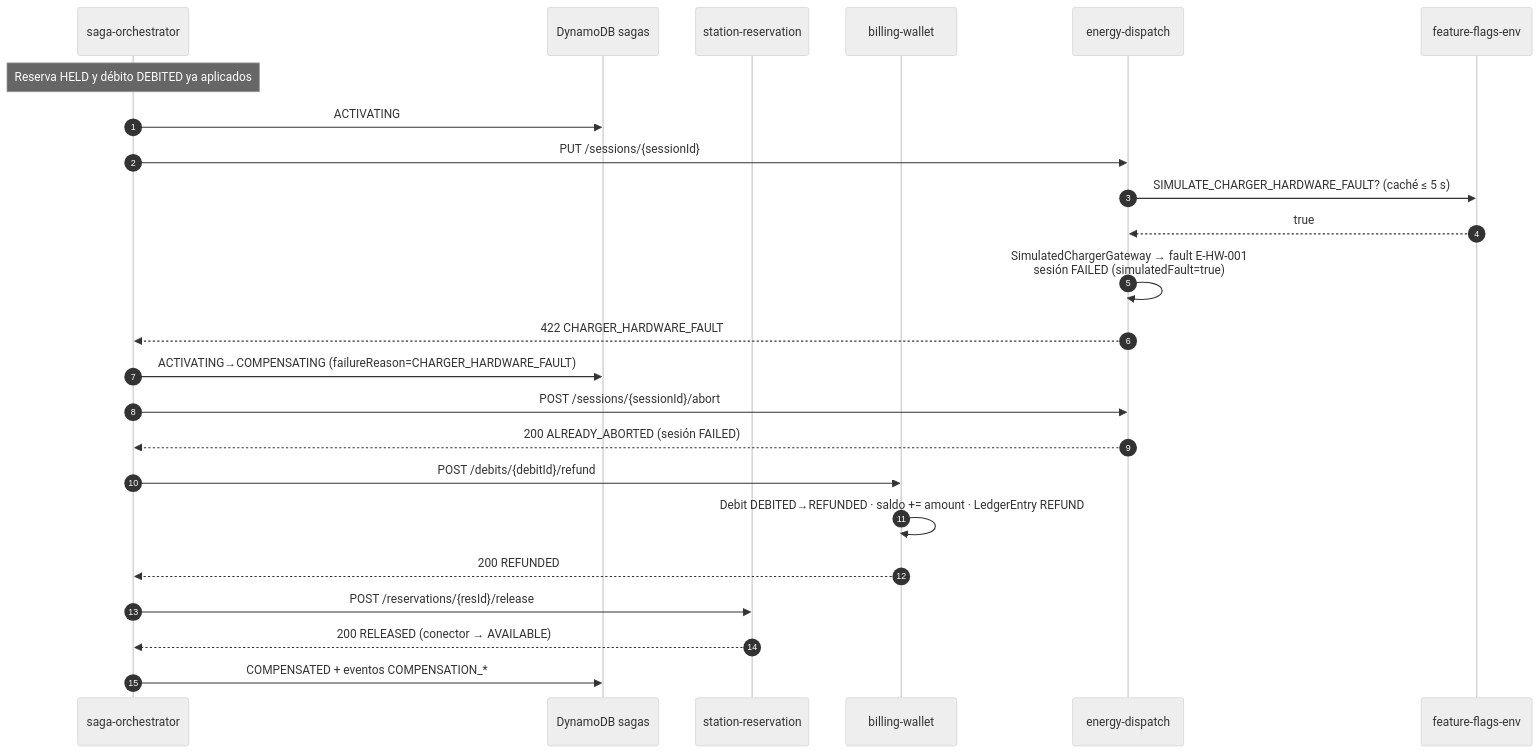
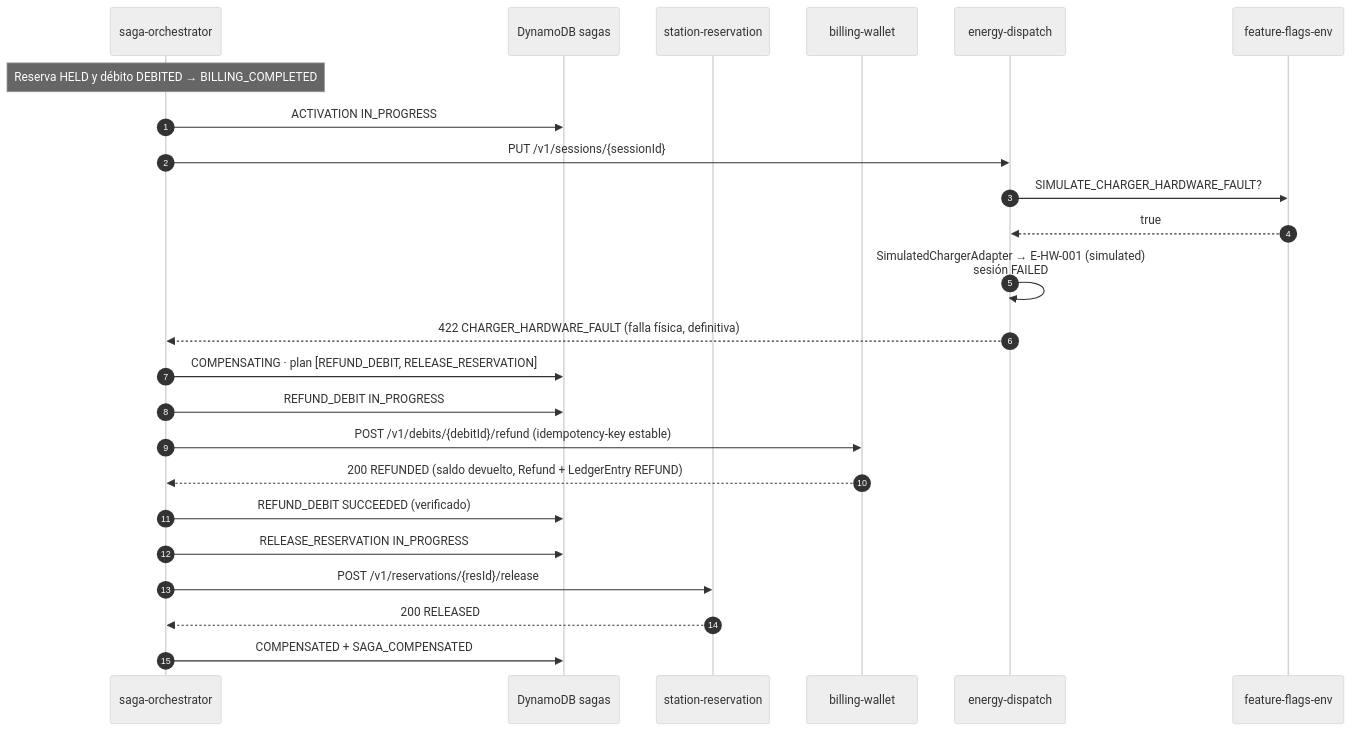
One commit to santiagoSaMi/aegisvolt changed the fourth of 6 diagrams in docs/architecture/02-saga.md. Above: the diagram before and after it, drawn with Mermaid (neutral theme). The commit also changed other lines of this file and 338 other files, not shown here.

````diff
--- a/docs/architecture/02-saga.md
+++ b/docs/architecture/02-saga.md
@@ -113,27 +128,27 @@
 ```mermaid
 sequenceDiagram
   autonumber
   participant O as saga-orchestrator
   participant DS as DynamoDB sagas
   participant R as station-reservation
   participant B as billing-wallet
   participant D as energy-dispatch
   participant FF as feature-flags-env
 
-  Note over O: Reserva HELD y débito DEBITED ya aplicados
-  O->>DS: ACTIVATING
-  O->>D: PUT /sessions/{sessionId}
-  D->>FF: SIMULATE_CHARGER_HARDWARE_FAULT? (caché ≤ 5 s)
+  Note over O: Reserva HELD y débito DEBITED → BILLING_COMPLETED
+  O->>DS: ACTIVATION IN_PROGRESS
+  O->>D: PUT /v1/sessions/{sessionId}
+  D->>FF: SIMULATE_CHARGER_HARDWARE_FAULT?
   FF-->>D: true
-  D->>D: SimulatedChargerGateway → fault E-HW-001<br/>sesión FAILED (simulatedFault=true)
-  D-->>O: 422 CHARGER_HARDWARE_FAULT
-  O->>DS: ACTIVATING→COMPENSATING (failureReason=CHARGER_HARDWARE_FAULT)
-  O->>D: POST /sessions/{sessionId}/abort
-  D-->>O: 200 ALREADY_ABORTED (sesión FAILED)
-  O->>B: POST /debits/{debitId}/refund
-  B->>B: Debit DEBITED→REFUNDED · saldo += amount · LedgerEntry REFUND
-  B-->>O: 200 REFUNDED
-  O->>R: POST /reservations/{resId}/release
-  R-->>O: 200 RELEASED (conector → AVAILABLE)
-  O->>DS: COMPENSATED + eventos COMPENSATION_*
+  D->>D: SimulatedChargerAdapter → E-HW-001 (simulated)<br/>sesión FAILED
+  D-->>O: 422 CHARGER_HARDWARE_FAULT (falla física, definitiva)
+  O->>DS: COMPENSATING · plan [REFUND_DEBIT, RELEASE_RESERVATION]
+  O->>DS: REFUND_DEBIT IN_PROGRESS
+  O->>B: POST /v1/debits/{debitId}/refund (idempotency-key estable)
+  B-->>O: 200 REFUNDED (saldo devuelto, Refund + LedgerEntry REFUND)
+  O->>DS: REFUND_DEBIT SUCCEEDED (verificado)
+  O->>DS: RELEASE_RESERVATION IN_PROGRESS
+  O->>R: POST /v1/reservations/{resId}/release
+  R-->>O: 200 RELEASED
+  O->>DS: COMPENSATED + SAGA_COMPENSATED
 ```
````
